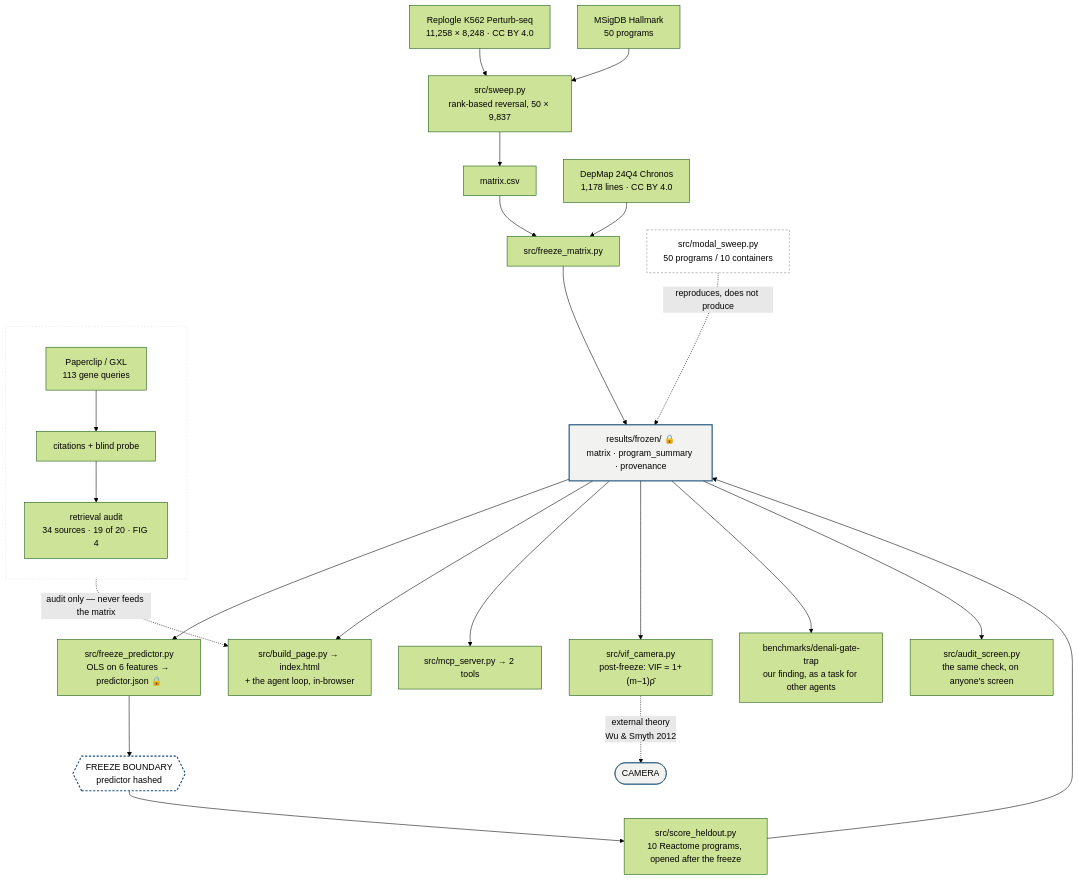
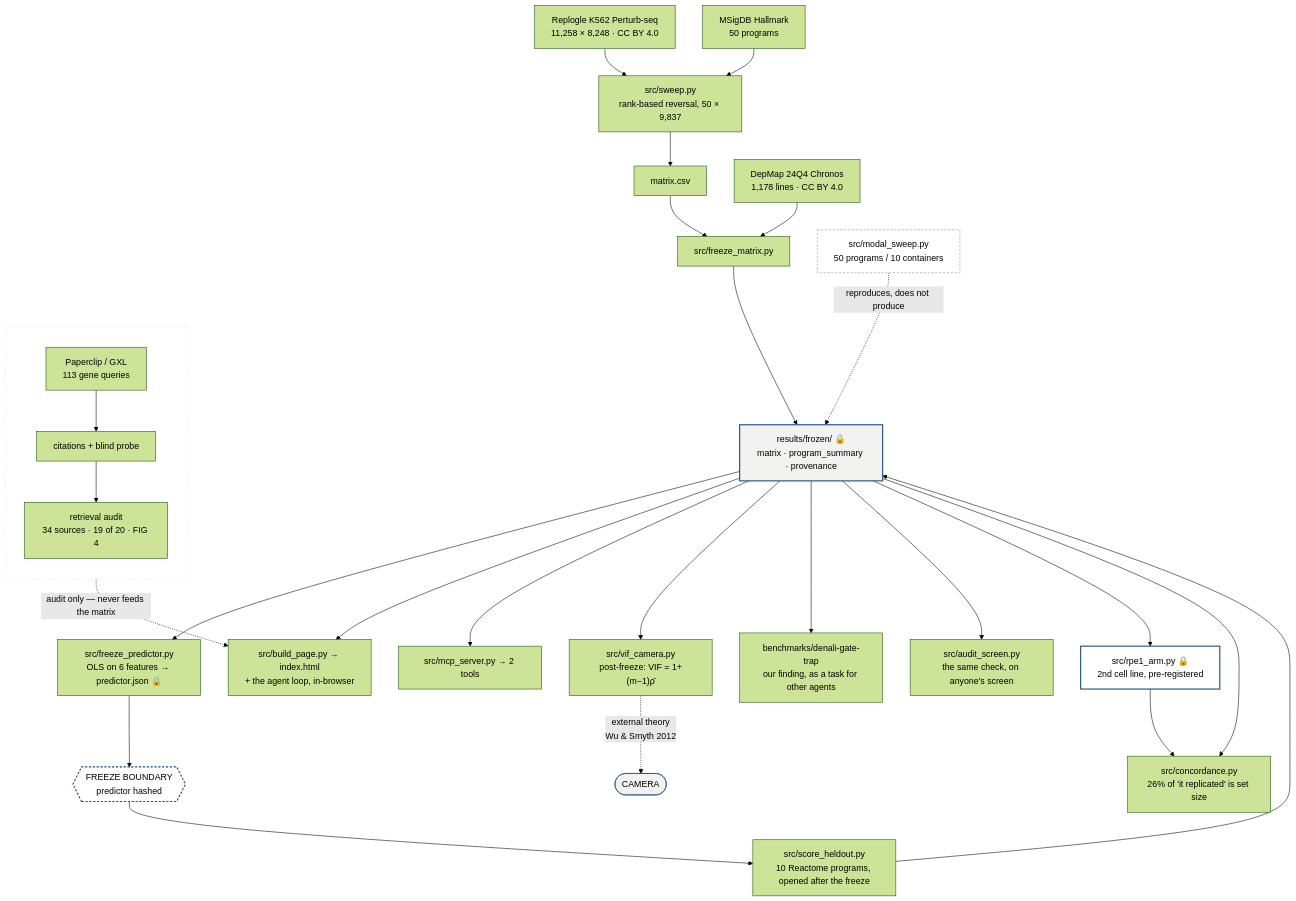
One commit to alejandro-publius/denali changed the diagram in README.md. Above: the diagram before and after it, drawn with Mermaid (forest theme). The commit also changed other lines of this file and 4 other files, not shown here.

First line of the commit message:
Catch the trailing artifacts up: REPORT, diagram, screenshots

````diff
--- a/README.md
+++ b/README.md
@@ -110,39 +114,43 @@
 ```mermaid
 flowchart TB
   subgraph sub[" "]
     direction TB
     PC["Paperclip / GXL<br/>113 gene queries"] --> CIT["citations + blind probe"]
     CIT --> AUD["retrieval audit<br/>34 sources · 19 of 20 · FIG 4"]
   end
 
   REP["Replogle K562 Perturb-seq<br/>11,258 × 8,248 · CC BY 4.0"] --> SW
   GMT["MSigDB Hallmark<br/>50 programs"] --> SW
   SW["src/sweep.py<br/>rank-based reversal, 50 × 9,837"] --> MAT
 
   DEP["DepMap 24Q4 Chronos<br/>1,178 lines · CC BY 4.0"] --> FM
   MAT["matrix.csv"] --> FM["src/freeze_matrix.py"]
   FM --> FROZEN
 
   FROZEN["results/frozen/ 🔒<br/>matrix · program_summary · provenance"] --> PRED
   PRED["src/freeze_predictor.py<br/>OLS on 6 features → predictor.json 🔒"] --> FREEZE
 
   FREEZE{{"FREEZE BOUNDARY<br/>predictor hashed"}} --> HO
   HO["src/score_heldout.py<br/>10 Reactome programs, opened after the freeze"] --> FROZEN
 
   FROZEN --> PAGE["src/build_page.py → index.html<br/>+ the agent loop, in-browser"]
   FROZEN --> MCP["src/mcp_server.py → 2 tools"]
   FROZEN --> VIF["src/vif_camera.py<br/>post-freeze: VIF = 1+(m−1)ρ̄"]
   FROZEN --> BENCH["benchmarks/denali-gate-trap<br/>our finding, as a task for other agents"]
   FROZEN --> AUD2["src/audit_screen.py<br/>the same check, on anyone's screen"]
+  FROZEN --> RP["src/rpe1_arm.py 🔒<br/>2nd cell line, pre-registered"]
+  RP --> CONC["src/concordance.py<br/>26% of 'it replicated' is set size"]
+  FROZEN --> CONC
 
   MOD["src/modal_sweep.py<br/>50 programs / 10 containers"] -.->|"reproduces, does not produce"| FROZEN
   VIF -.->|"external theory<br/>Wu &amp; Smyth 2012"| CAM(["CAMERA"])
 
   AUD -.->|"audit only — never feeds the matrix"| PAGE
 
   style FROZEN fill:#f2f2f0,stroke:#1a4d7a,stroke-width:2px
   style FREEZE fill:#fff,stroke:#1a4d7a,stroke-width:2px,stroke-dasharray:4 3
   style sub fill:#fff,stroke:#e3e3e3,stroke-dasharray:3 3
   style MOD fill:#fff,stroke:#8c8c89,stroke-dasharray:4 3
   style CAM fill:#f2f2f0,stroke:#1a4d7a
+  style RP fill:#fff,stroke:#1a4d7a,stroke-width:2px
 ```
````
